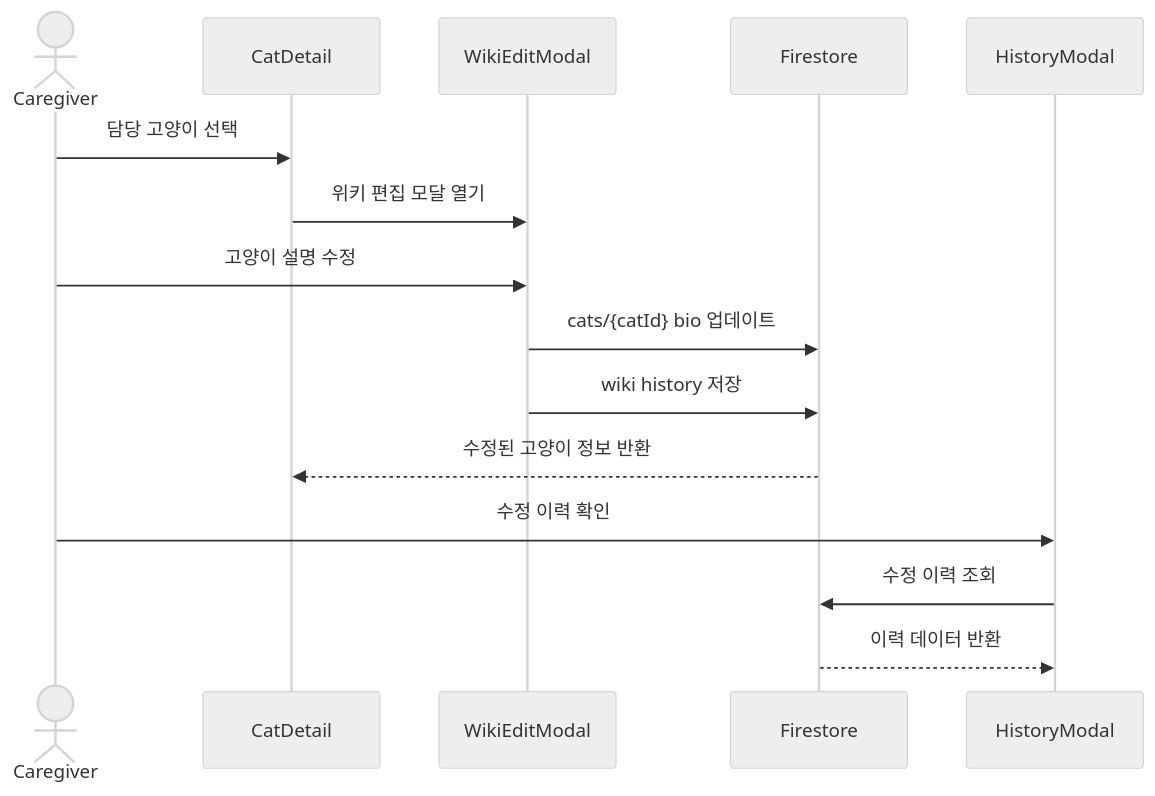
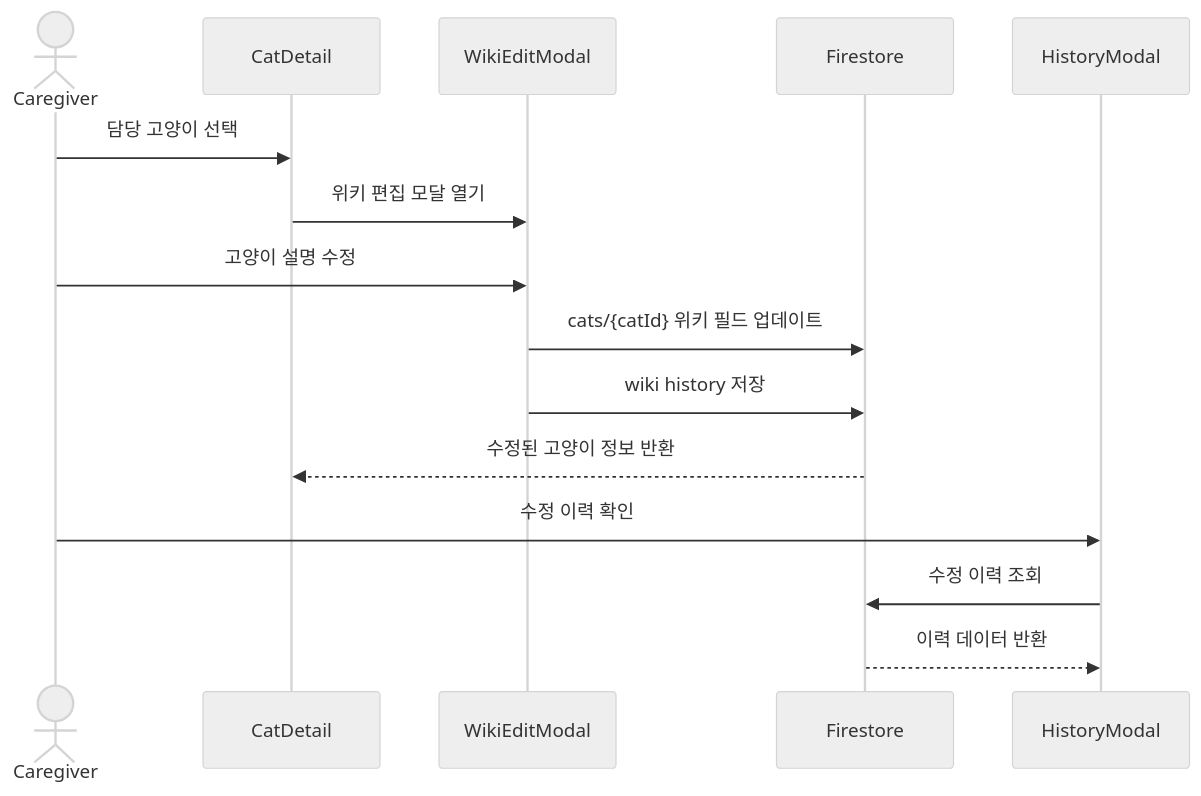
Before and after one commit to Pdar124/YU_CCM: the fifth of 8 diagrams in CAMPUS_CAT_MATE/Design_[22411841_박다래].md, drawn with Mermaid (neutral theme). The commit also changed other lines of this file, not shown here.

Commit message:
docs: class diagram 개선

````diff
--- a/CAMPUS_CAT_MATE/Design_[22411841_박다래].md
+++ b/CAMPUS_CAT_MATE/Design_[22411841_박다래].md
@@ -267,18 +823,18 @@
 ```mermaid
 sequenceDiagram
     actor Caregiver
     participant CatDetail
     participant WikiEditModal
     participant Firestore
     participant HistoryModal
 
     Caregiver->>CatDetail: 담당 고양이 선택
     CatDetail->>WikiEditModal: 위키 편집 모달 열기
     Caregiver->>WikiEditModal: 고양이 설명 수정
-    WikiEditModal->>Firestore: cats/{catId} bio 업데이트
+    WikiEditModal->>Firestore: cats/{catId} 위키 필드 업데이트
     WikiEditModal->>Firestore: wiki history 저장
     Firestore-->>CatDetail: 수정된 고양이 정보 반환
     Caregiver->>HistoryModal: 수정 이력 확인
     HistoryModal->>Firestore: 수정 이력 조회
     Firestore-->>HistoryModal: 이력 데이터 반환
 ```
````
